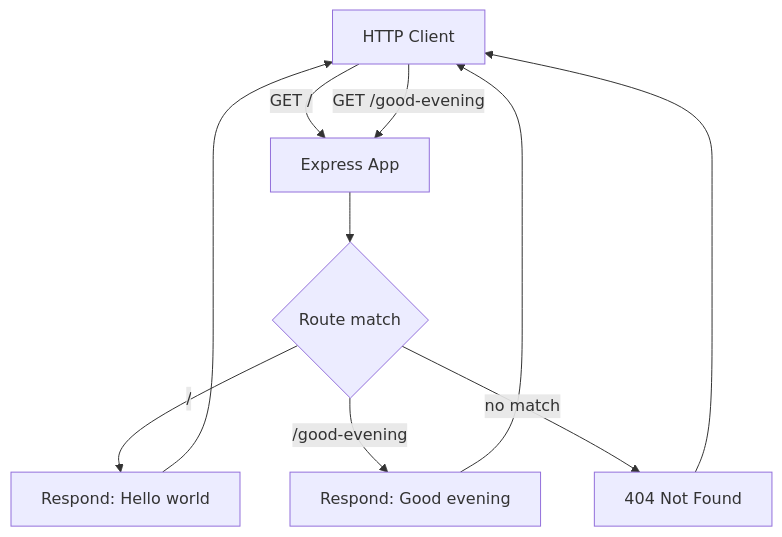
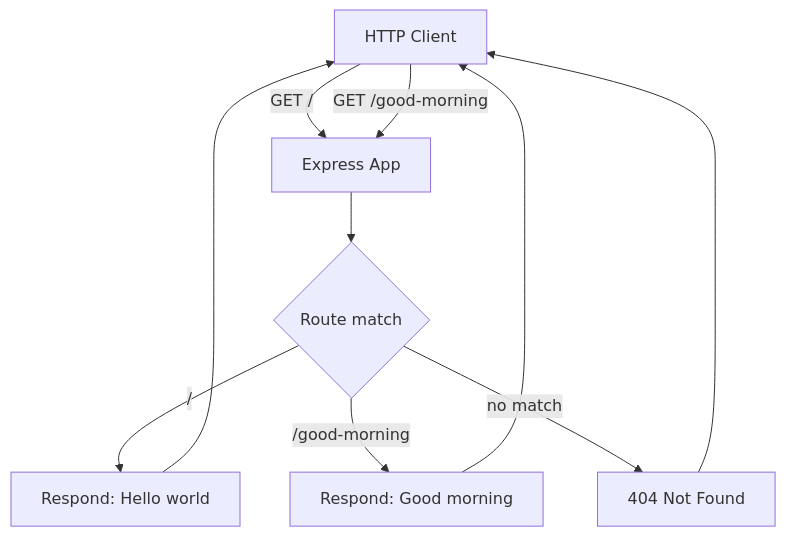
The diagram in README.md (Sandeep01Kumar/existing-projects-qa-test-02-dec), drawn with Mermaid before and after one commit. The commit also changed other lines of this file and 1 other file, not shown here.

First line of the commit message:
feat(server): serve "Good morning" at GET /good-morning per PR feedback

````diff
--- a/README.md
+++ b/README.md
@@ -97,12 +97,12 @@
 ```mermaid
 flowchart TD
     A[HTTP Client] -->|GET /| B[Express App]
-    A -->|GET /good-evening| B
+    A -->|GET /good-morning| B
     B --> C{Route match}
     C -->|/| D["Respond: Hello world"]
-    C -->|/good-evening| E["Respond: Good evening"]
+    C -->|/good-morning| E["Respond: Good morning"]
     C -->|no match| F["404 Not Found"]
     D --> A
     E --> A
     F --> A
 ```
````
